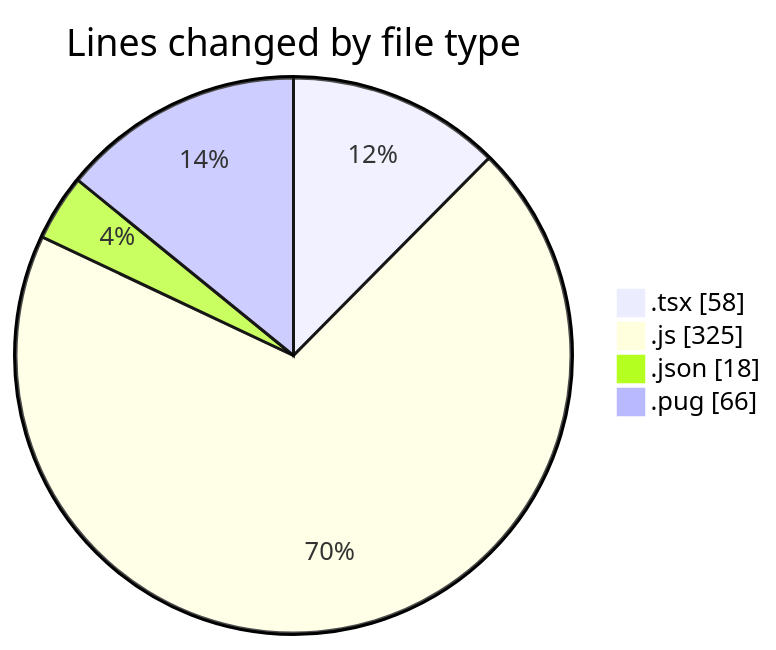
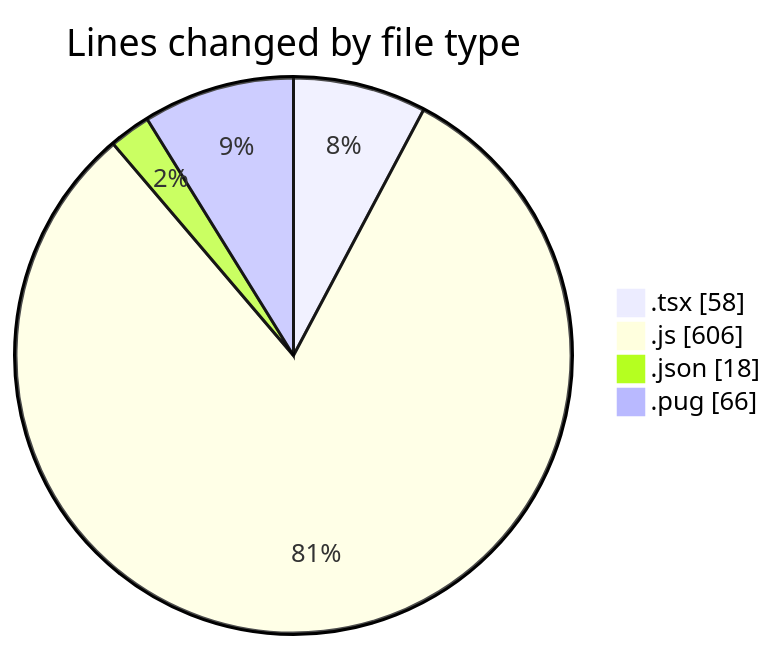
One commit to momahboobian/code-tracking changed the first of 2 diagrams in 2025-03-07/cda/README.md. Above: the diagram before and after it, drawn with Mermaid. The commit also changed other lines of this file and 1 other file, not shown here.

````diff
--- a/2025-03-07/cda/README.md
+++ b/2025-03-07/cda/README.md
@@ -24,8 +24,8 @@
 ```mermaid
 pie showData
 title Lines changed by file type
 ".tsx" : 58
-".js" : 325
+".js" : 606
 ".json" : 18
 ".pug" : 66
 ```
````
